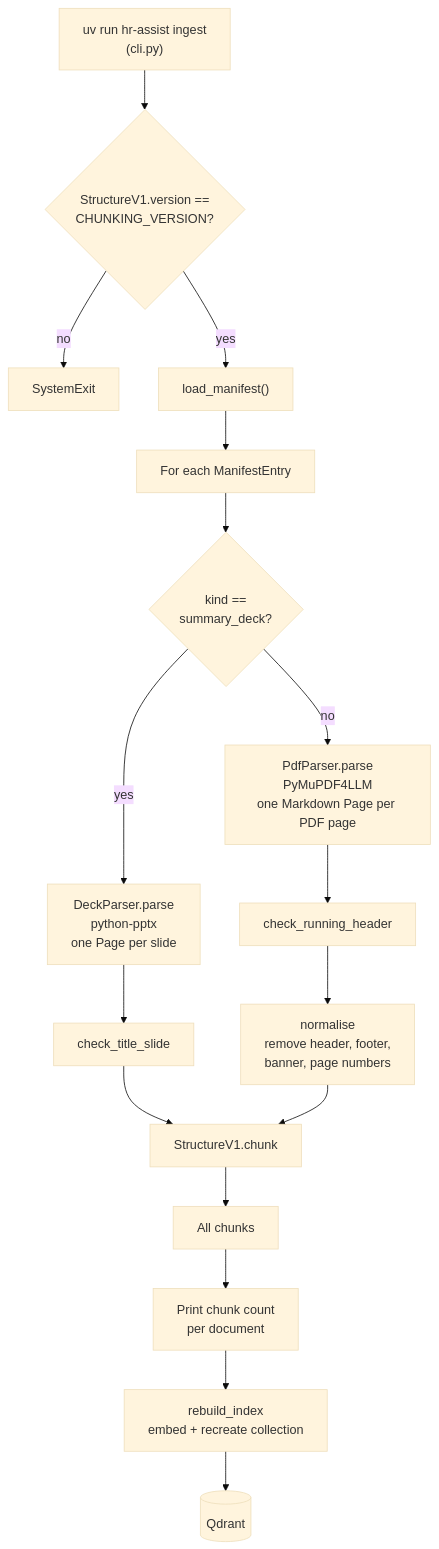
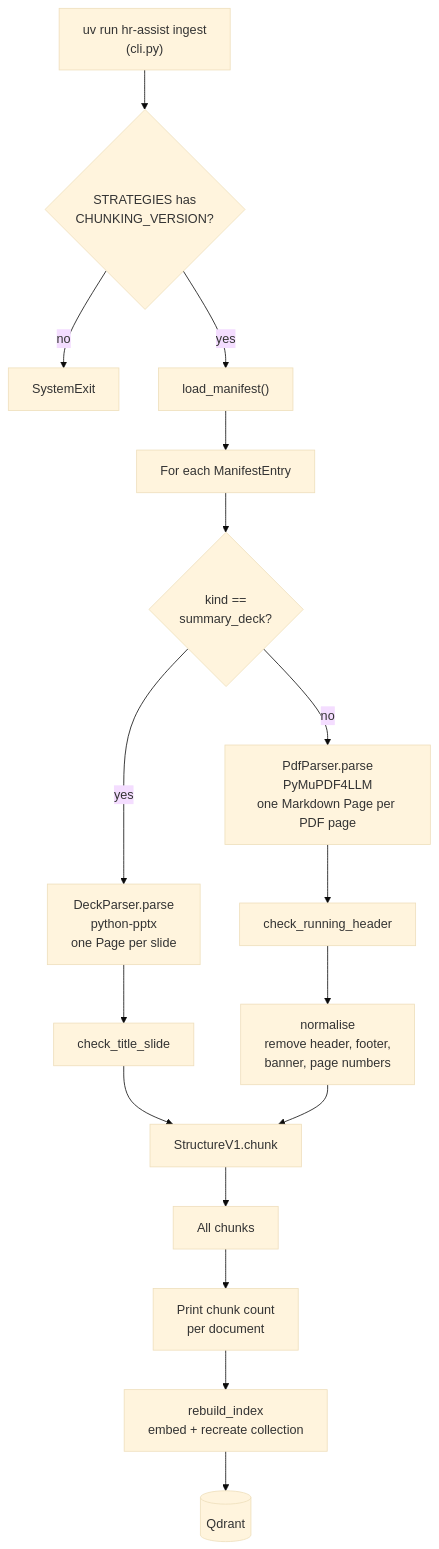
One commit to NaveenManjappa/hr-assist changed the fifth of 14 diagrams in docs/developer-guide.md. Above: the diagram before and after it, drawn with Mermaid (base theme). The commit also changed other lines of this file and 17 other files, not shown here.

````diff
--- a/docs/developer-guide.md
+++ b/docs/developer-guide.md
@@ -464,19 +468,19 @@
 ```mermaid
 flowchart TB
-    CMD["uv run hr-assist ingest<br/>(cli.py)"] --> VC{"StructureV1.version ==<br/>CHUNKING_VERSION?"}
+    CMD["uv run hr-assist ingest<br/>(cli.py)"] --> VC{"STRATEGIES has<br/>CHUNKING_VERSION?"}
     VC -->|"no"| STOP1["SystemExit"]
     VC -->|"yes"| LM["load_manifest()"]
     LM --> LOOP["For each ManifestEntry"]
     LOOP --> K{"kind ==<br/>summary_deck?"}
     K -->|"yes"| DP["DeckParser.parse<br/>python-pptx<br/>one Page per slide"]
     DP --> CTS["check_title_slide"]
     K -->|"no"| PP["PdfParser.parse<br/>PyMuPDF4LLM<br/>one Markdown Page per PDF page"]
     PP --> CRH["check_running_header"]
     CRH --> NRM["normalise<br/>remove header, footer,<br/>banner, page numbers"]
     CTS --> CH["StructureV1.chunk"]
     NRM --> CH
     CH --> ALL["All chunks"]
     ALL --> PRINT["Print chunk count<br/>per document"]
     PRINT --> RI["rebuild_index<br/>embed + recreate collection"]
     RI --> QD[("Qdrant")]
 ```
````
